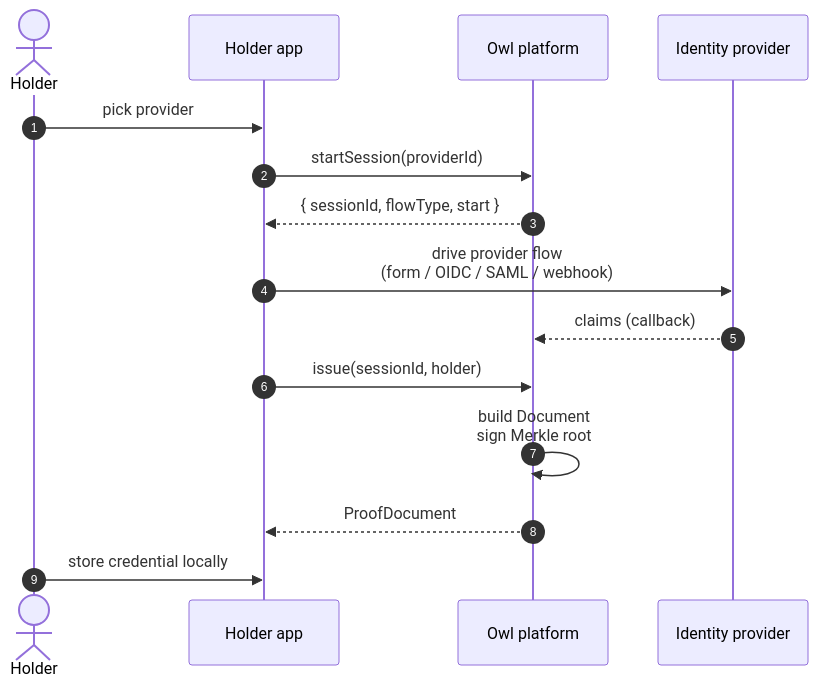
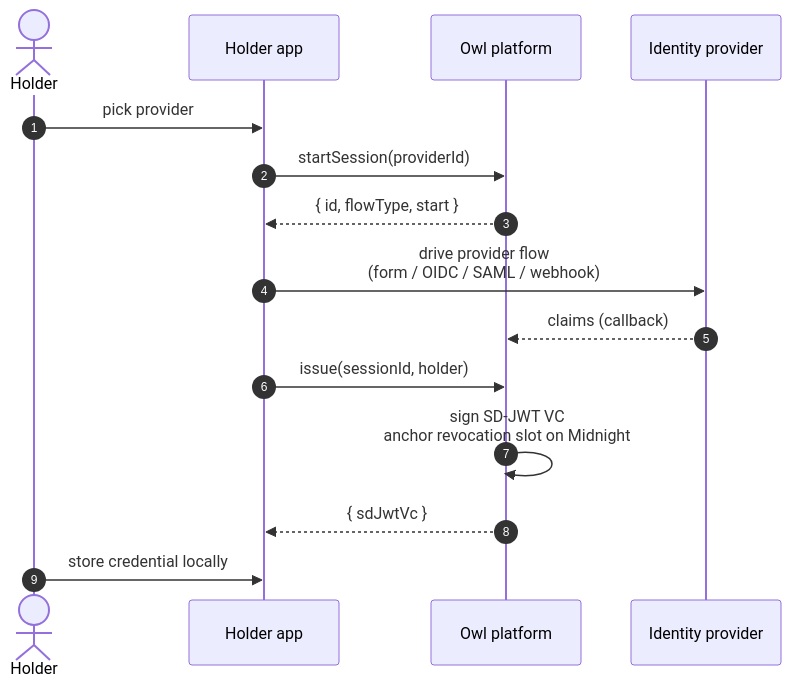
Before and after one commit to TriplePlayLabs/OWLID_RELEASE: the diagram in packages/docs-site/docs/integration/issuer.md, drawn with Mermaid. The commit also changed other lines of this file and 651 other files, not shown here.

````diff
--- a/packages/docs-site/docs/integration/issuer.md
+++ b/packages/docs-site/docs/integration/issuer.md
@@ -21,18 +19,18 @@
 ```mermaid
 sequenceDiagram
     autonumber
     actor Holder
     participant App as Holder app
     participant Owl as Owl platform
     participant IdP as Identity provider
 
     Holder->>App: pick provider
     App->>Owl: startSession(providerId)
-    Owl-->>App: { sessionId, flowType, start }
+    Owl-->>App: { id, flowType, start }
     App->>IdP: drive provider flow<br/>(form / OIDC / SAML / webhook)
     IdP-->>Owl: claims (callback)
     App->>Owl: issue(sessionId, holder)
-    Owl->>Owl: build Document<br/>sign Merkle root
-    Owl-->>App: ProofDocument
+    Owl->>Owl: sign SD-JWT VC<br/>anchor revocation slot on Midnight
+    Owl-->>App: { sdJwtVc }
     Holder->>App: store credential locally
 ```
````
